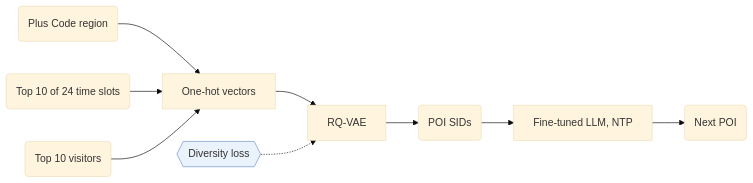
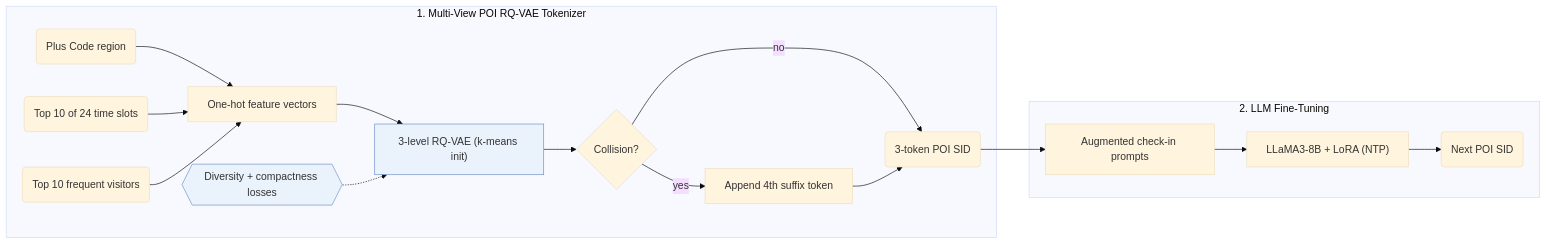
Before and after one commit to Galaxy-ghost/Awesome-SID-Generative-Rec: the diagram in notes/gnpr-sid.md, drawn with Mermaid (base theme). The commit also changed other lines of this file and 649 other files, not shown here.

Commit message:
writer-05: also tags and modality index (schema, check, build, visuals); summary field removed; calibration data for 12 papers

````diff
--- a/notes/gnpr-sid.md
+++ b/notes/gnpr-sid.md
@@ -14,12 +14,19 @@
 ```mermaid
 flowchart LR
-    A("Plus Code region") --> D["One-hot vectors"]
-    B("Top 10 of 24 time slots") --> D
-    C("Top 10 visitors") --> D
-    D --> E["RQ-VAE"]
-    L1{{"Diversity loss"}}:::key -.-> E
-    E --> F("POI SIDs")
-    F --> G["Fine-tuned LLM, NTP"]
-    G --> H("Next POI")
+    subgraph Tok["1. Multi-View POI RQ-VAE Tokenizer"]
+        A("Plus Code region") --> D["One-hot feature vectors"]
+        B("Top 10 of 24 time slots") --> D
+        C("Top 10 frequent visitors") --> D
+        D --> E["3-level RQ-VAE (k-means init)"]:::key
+        L1{{"Diversity + compactness losses"}}:::key -.-> E
+        E --> F{"Collision?"}
+        F -->|no| G("3-token POI SID")
+        F -->|yes| H["Append 4th suffix token"] --> G
+    end
+    subgraph Gen["2. LLM Fine-Tuning"]
+        G --> I["Augmented check-in prompts"]
+        I --> J["LLaMA3-8B + LoRA (NTP)"]
+        J --> K("Next POI SID")
+    end
     classDef key fill:#eaf2fb,stroke:#6b8fc7
 ```
````
